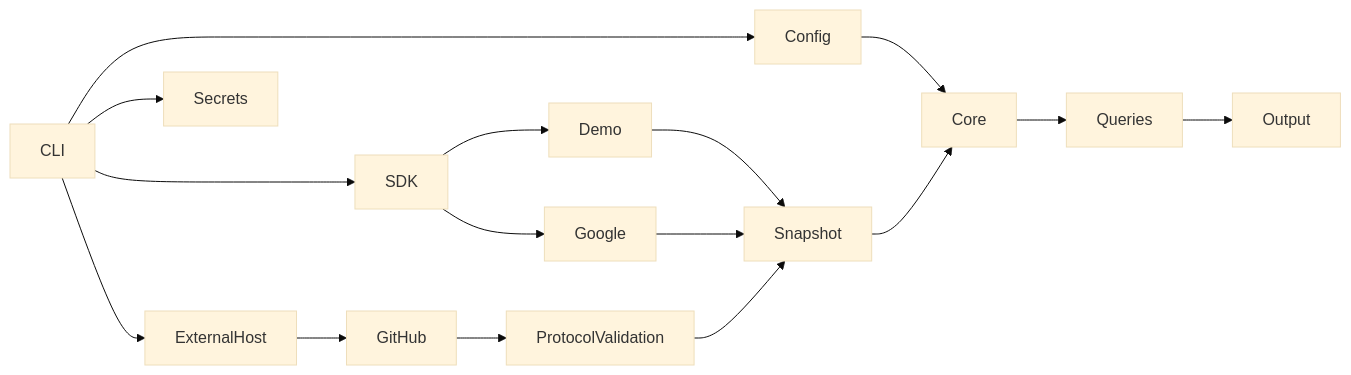
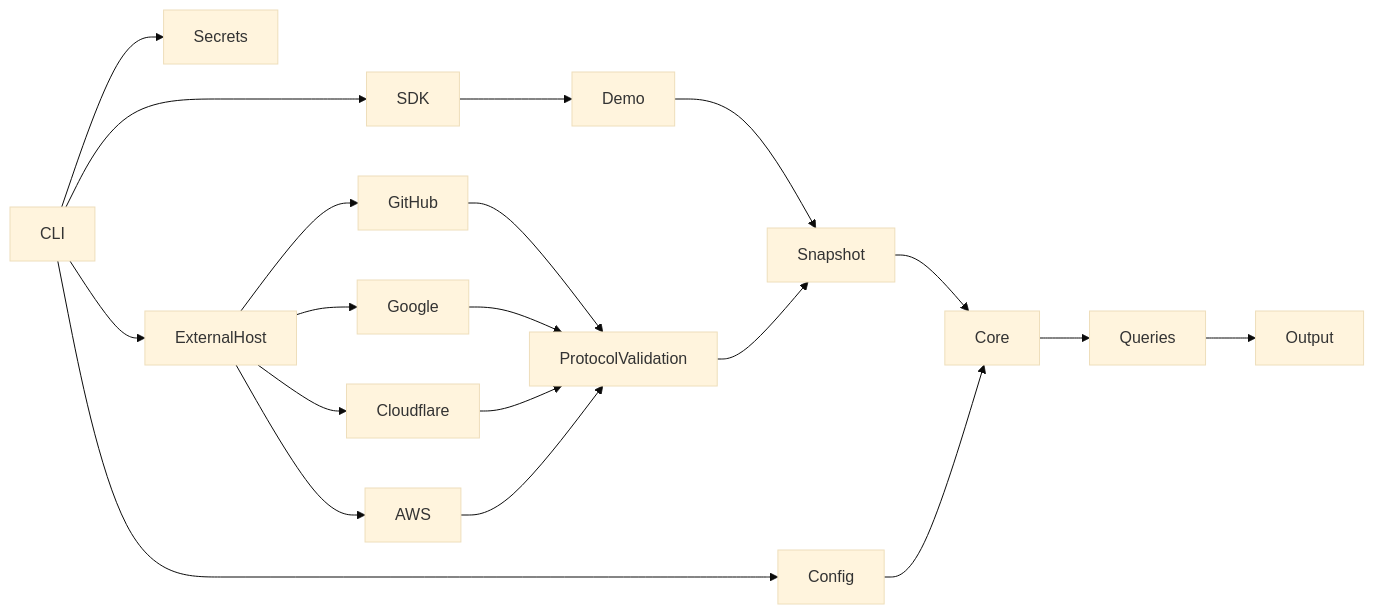
The first of 2 diagrams in docs/ARCHITECTURE.md (NIPE-Solutions/permesh), drawn with Mermaid (base theme) before and after one commit. The commit also changed other lines of this file and 46 other files, not shown here.

````diff
--- a/docs/ARCHITECTURE.md
+++ b/docs/ARCHITECTURE.md
@@ -10,18 +10,22 @@
 ```mermaid
 flowchart LR
   CLI --> Config
   CLI --> Secrets
   CLI --> SDK
   SDK --> Demo
   CLI --> ExternalHost
   ExternalHost --> GitHub
   GitHub --> ProtocolValidation
-  SDK --> Google
+  ExternalHost --> Google
+  ExternalHost --> Cloudflare
+  ExternalHost --> AWS
   Demo --> Snapshot
   ProtocolValidation --> Snapshot
-  Google --> Snapshot
+  Google --> ProtocolValidation
+  Cloudflare --> ProtocolValidation
+  AWS --> ProtocolValidation
   Snapshot --> Core
   Config --> Core
   Core --> Queries
   Queries --> Output
 ```
````
